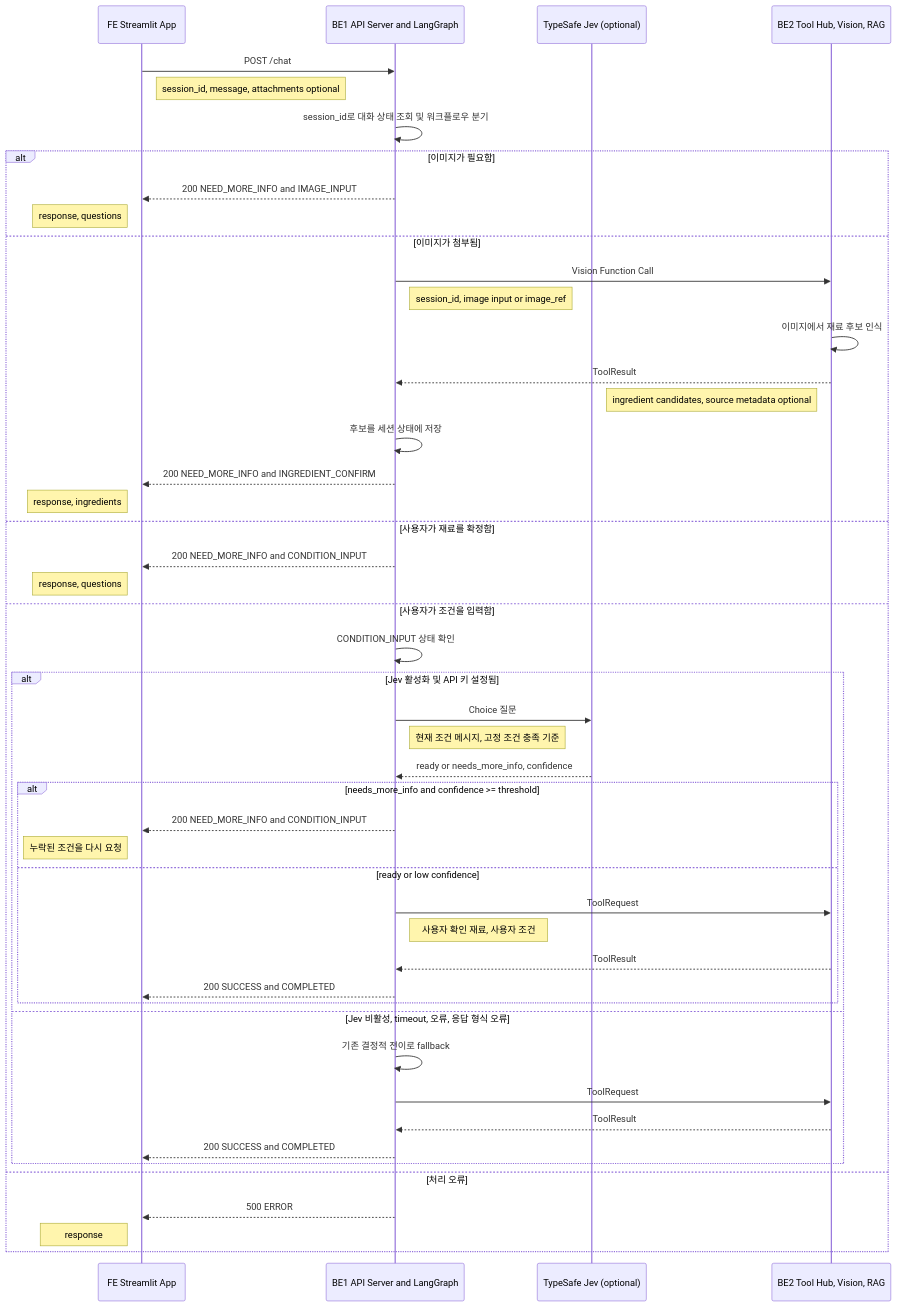
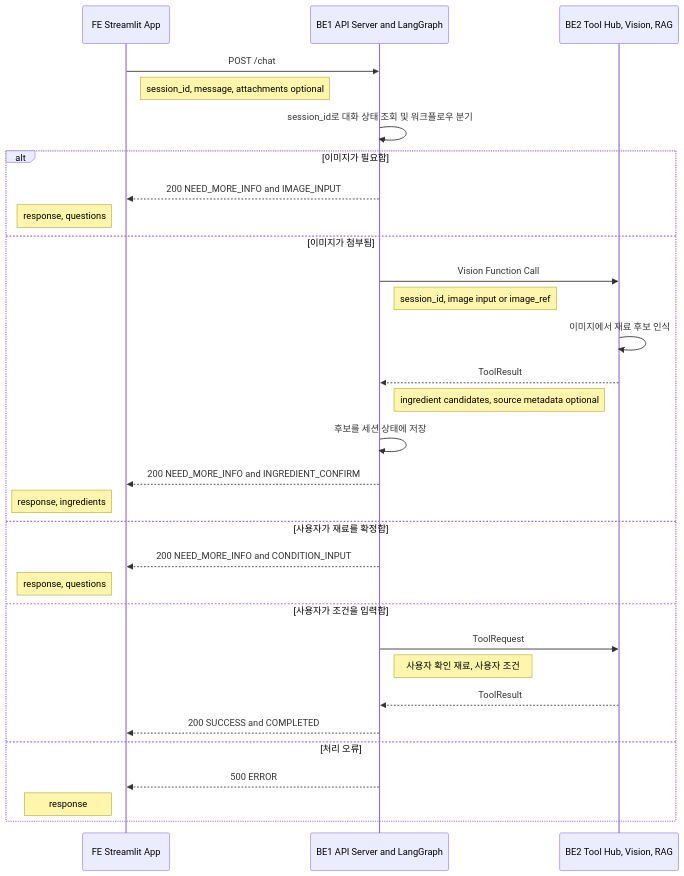
One commit to DongJunee/2026_aio2_p2_PlanEat_Backend changed the first of 3 diagrams in docs/data-flow.md. Above: the diagram before and after it, drawn with Mermaid. The commit also changed other lines of this file, not shown here.

````diff
--- a/docs/data-flow.md
+++ b/docs/data-flow.md
@@ -15,52 +15,35 @@
 ```mermaid
 sequenceDiagram
     participant FE as FE Streamlit App
     participant BE1 as BE1 API Server and LangGraph
-    participant Jev as TypeSafe Jev (optional)
     participant BE2 as BE2 Tool Hub, Vision, RAG
 
     FE->>BE1: POST /chat
     Note right of FE: session_id, message, attachments optional
     BE1->>BE1: session_id로 대화 상태 조회 및 워크플로우 분기
 
     alt 이미지가 필요함
         BE1-->>FE: 200 NEED_MORE_INFO and IMAGE_INPUT
         Note left of FE: response, questions
     else 이미지가 첨부됨
         BE1->>BE2: Vision Function Call
         Note right of BE1: session_id, image input or image_ref
         BE2->>BE2: 이미지에서 재료 후보 인식
         BE2-->>BE1: ToolResult
         Note left of BE2: ingredient candidates, source metadata optional
         BE1->>BE1: 후보를 세션 상태에 저장
         BE1-->>FE: 200 NEED_MORE_INFO and INGREDIENT_CONFIRM
         Note left of FE: response, ingredients
     else 사용자가 재료를 확정함
         BE1-->>FE: 200 NEED_MORE_INFO and CONDITION_INPUT
         Note left of FE: response, questions
     else 사용자가 조건을 입력함
-        BE1->>BE1: CONDITION_INPUT 상태 확인
-        alt Jev 활성화 및 API 키 설정됨
-            BE1->>Jev: Choice 질문
-            Note right of BE1: 현재 조건 메시지, 고정 조건 충족 기준
-            Jev-->>BE1: ready or needs_more_info, confidence
-            alt needs_more_info and confidence >= threshold
-                BE1-->>FE: 200 NEED_MORE_INFO and CONDITION_INPUT
-                Note left of FE: 누락된 조건을 다시 요청
-            else ready or low confidence
-                BE1->>BE2: ToolRequest
-                Note right of BE1: 사용자 확인 재료, 사용자 조건
-                BE2-->>BE1: ToolResult
-                BE1-->>FE: 200 SUCCESS and COMPLETED
-            end
-        else Jev 비활성, timeout, 오류, 응답 형식 오류
-            BE1->>BE1: 기존 결정적 전이로 fallback
-            BE1->>BE2: ToolRequest
-            BE2-->>BE1: ToolResult
-            BE1-->>FE: 200 SUCCESS and COMPLETED
-        end
+        BE1->>BE2: ToolRequest
+        Note right of BE1: 사용자 확인 재료, 사용자 조건
+        BE2-->>BE1: ToolResult
+        BE1-->>FE: 200 SUCCESS and COMPLETED
     else 처리 오류
         BE1-->>FE: 500 ERROR
         Note left of FE: response
     end
 ```
````
